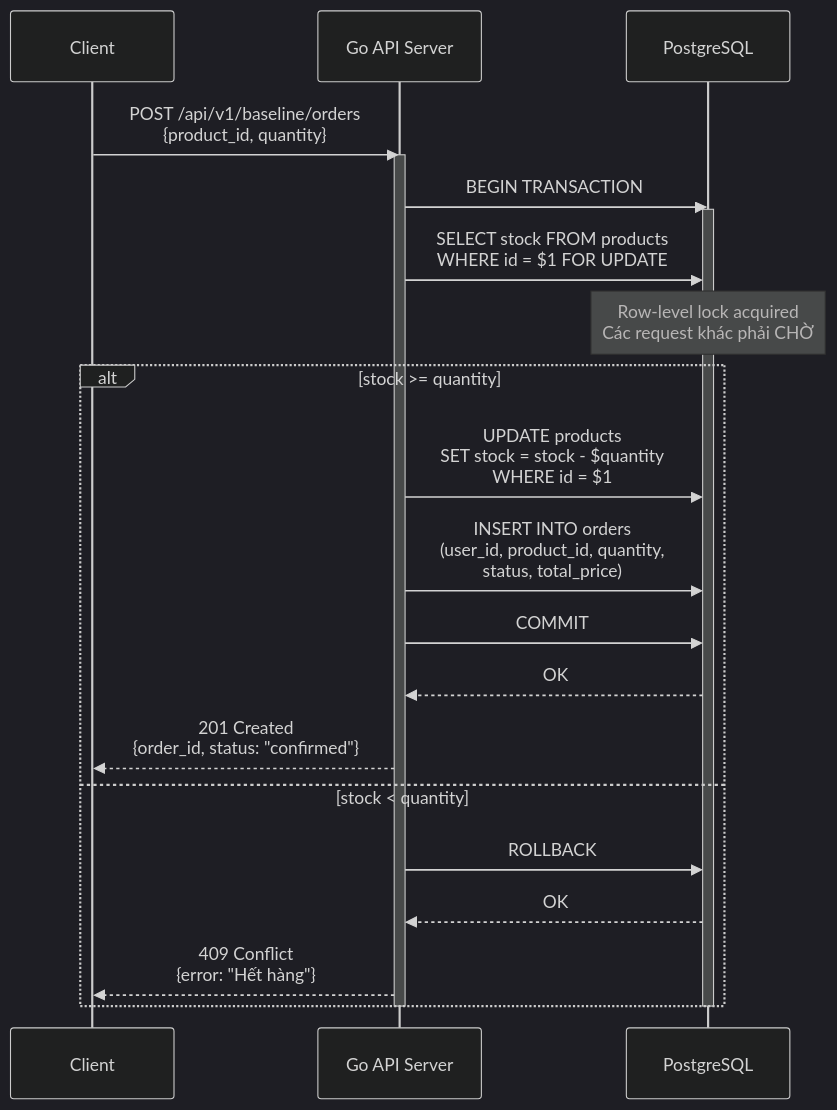
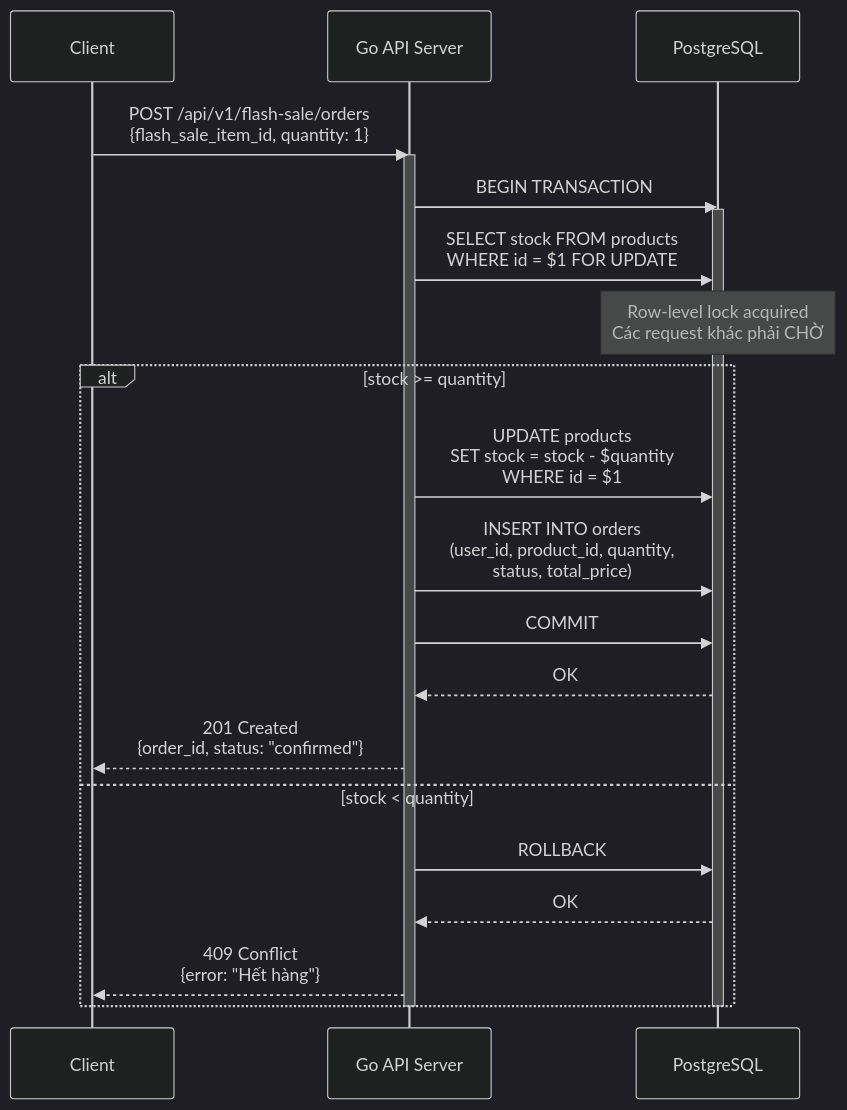
The second of 17 diagrams in docs/design/01-system-architecture.md (TriNgoc2077/ApexStock), drawn with Mermaid (dark theme) before and after one commit. The commit also changed other lines of this file and 26 other files, not shown here.

````diff
--- a/docs/design/01-system-architecture.md
+++ b/docs/design/01-system-architecture.md
@@ -126,30 +135,30 @@
 ```mermaid
 sequenceDiagram
     participant C as Client
     participant API as Go API Server
     participant DB as PostgreSQL
 
-    C->>API: POST /api/v1/baseline/orders<br/>{product_id, quantity}
+    C->>API: POST /api/v1/flash-sale/orders<br/>{flash_sale_item_id, quantity: 1}
     activate API
 
     API->>DB: BEGIN TRANSACTION
     activate DB
 
     API->>DB: SELECT stock FROM products<br/>WHERE id = $1 FOR UPDATE
     Note over DB: Row-level lock acquired<br/>Các request khác phải CHỜ
 
     alt stock >= quantity
         API->>DB: UPDATE products<br/>SET stock = stock - $quantity<br/>WHERE id = $1
         API->>DB: INSERT INTO orders<br/>(user_id, product_id, quantity,<br/>status, total_price)
         API->>DB: COMMIT
         DB-->>API: OK
         API-->>C: 201 Created<br/>{order_id, status: "confirmed"}
     else stock < quantity
         API->>DB: ROLLBACK
         DB-->>API: OK
         API-->>C: 409 Conflict<br/>{error: "Hết hàng"}
     end
 
     deactivate DB
     deactivate API
 ```
````
